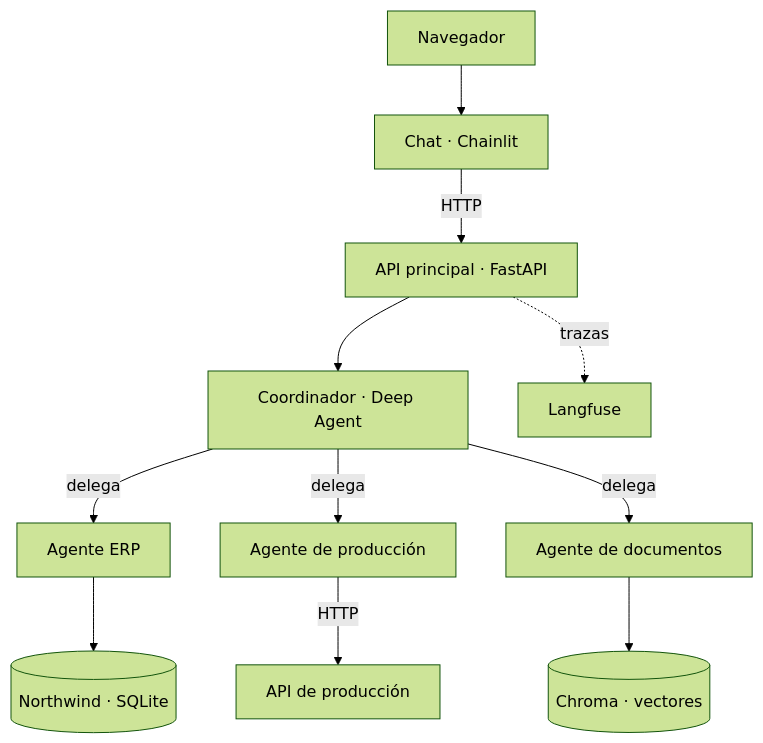
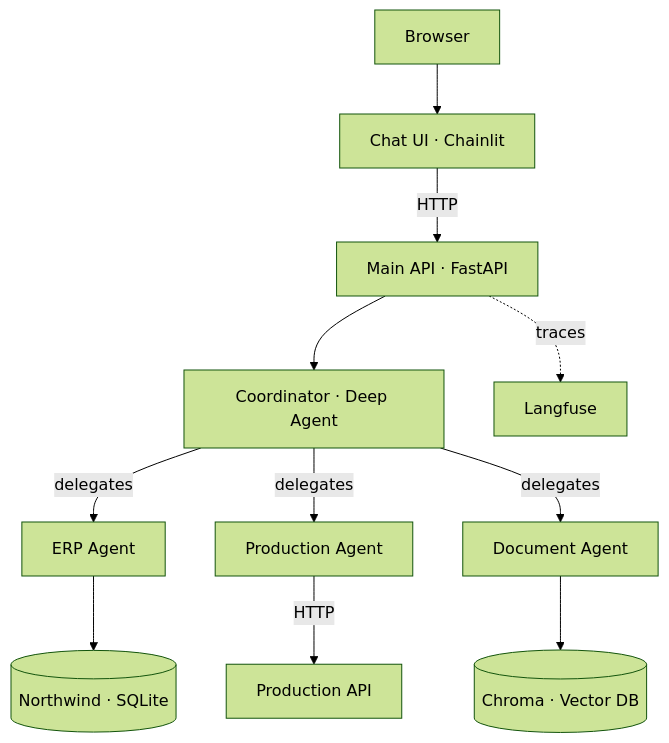
The diagram in README.md (alexey-omelchuk/multi-agent-erp-rag-business-assistant), drawn with Mermaid (forest theme) before and after one commit. The commit also changed other lines of this file and 1 other file, not shown here.

````diff
--- a/README.md
+++ b/README.md
@@ -139,13 +142,13 @@
 ```mermaid
 flowchart TD
-    U[Navegador] --> UI[Chat · Chainlit]
-    UI -->|HTTP| API[API principal · FastAPI]
-    API --> C[Coordinador · Deep Agent]
-    C -->|delega| E[Agente ERP]
-    C -->|delega| P[Agente de producción]
-    C -->|delega| D[Agente de documentos]
+    U[Browser] --> UI[Chat UI · Chainlit]
+    UI -->|HTTP| API[Main API · FastAPI]
+    API --> C[Coordinator · Deep Agent]
+    C -->|delegates| E[ERP Agent]
+    C -->|delegates| P[Production Agent]
+    C -->|delegates| D[Document Agent]
     E --> ERP[(Northwind · SQLite)]
-    P -->|HTTP| PROD[API de producción]
-    D --> VEC[(Chroma · vectores)]
-    API -.->|trazas| LF[Langfuse]
+    P -->|HTTP| PROD[Production API]
+    D --> VEC[(Chroma · Vector DB)]
+    API -.->|traces| LF[Langfuse]
 ```
````
